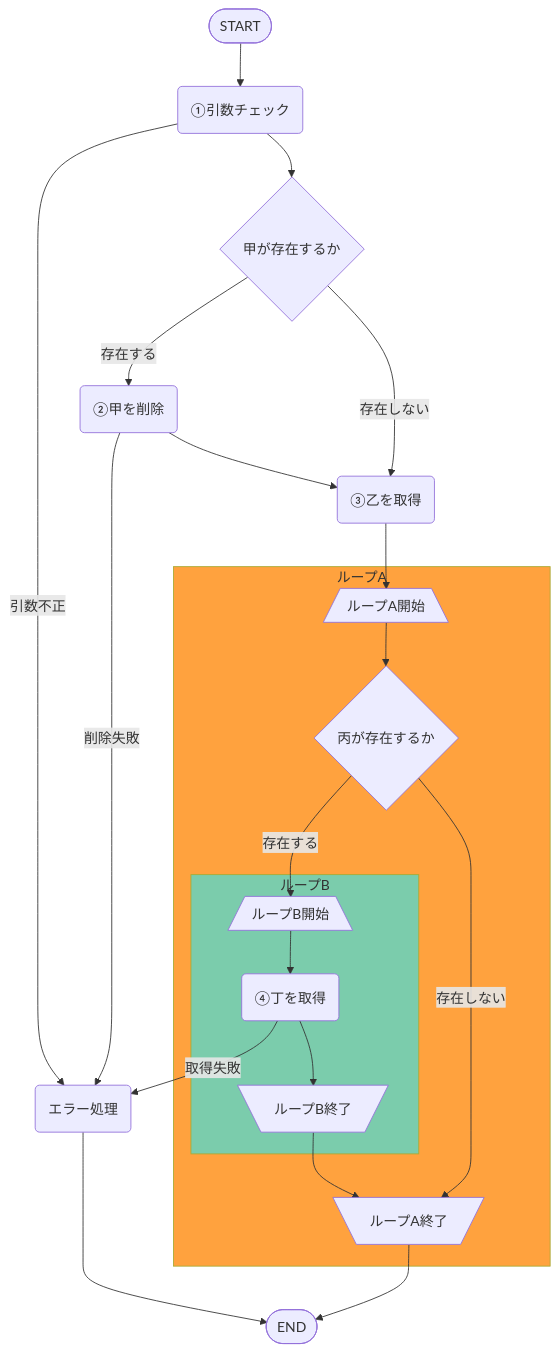
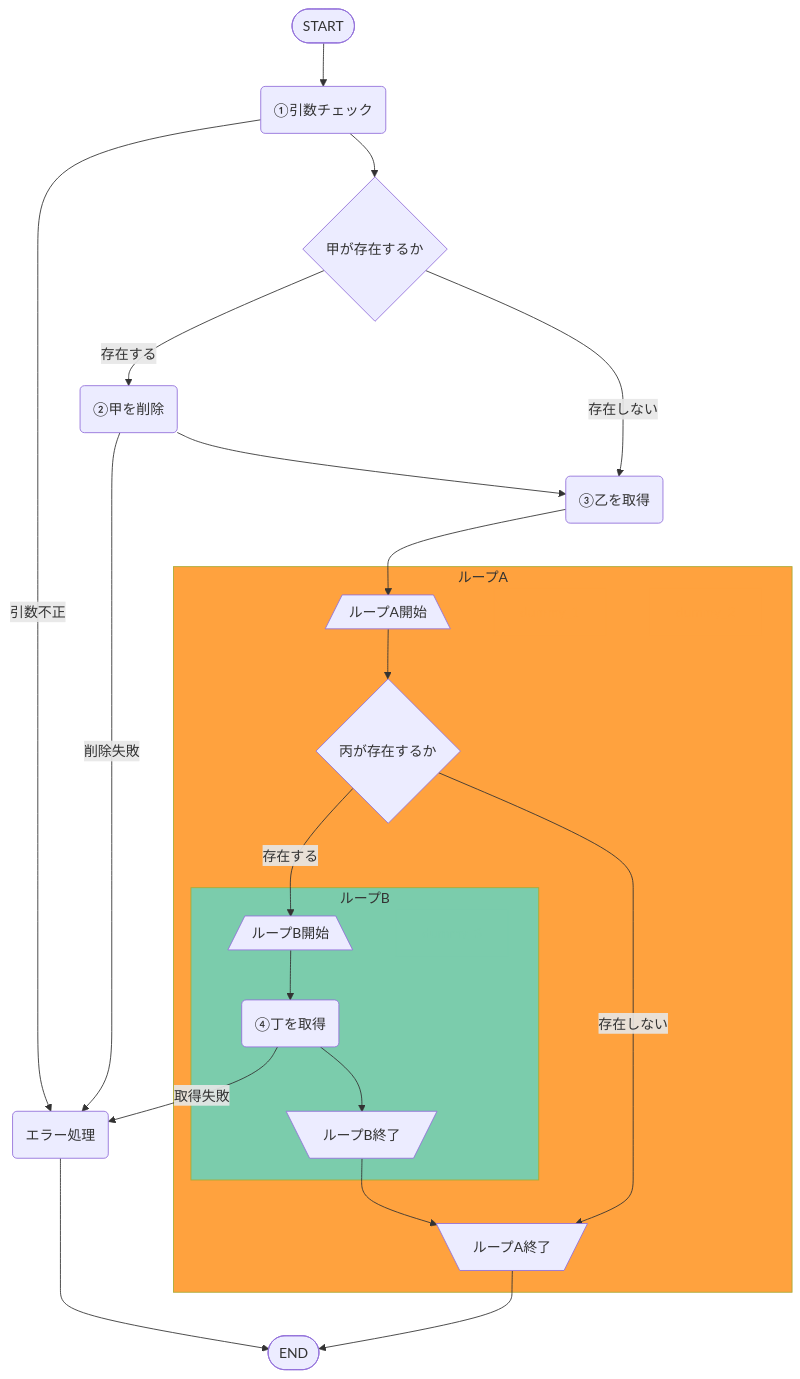
The diagram in フローチャート1.md (Kat-S/mermaid_test), drawn with Mermaid before and after one commit.

````diff
--- a/フローチャート1.md
+++ b/フローチャート1.md
@@ -1,41 +1,58 @@
 ```mermaid
 graph TB
+  %% ノード定義
   start(["START"])
   node_1("①引数チェック")
   fork_1{"甲が存在するか"}
   node_2("②甲を削除")
   node_3("③乙を取得")
   subgraph loop_1["ループA"]
+    dummy_1
+    dummy_2    
     loop_1_start[/"ループA開始"\]
     loop_1_goal[\"ループA終了"/]
     fork_2{"丙が存在するか"}
     subgraph loop_2["ループB"]
+      dummy_3    
       loop_2_start[/"ループB開始"\]
       loop_2_goal[\"ループB終了"/]  
       node_4("④丁を取得")
     end
   end
   error_1("エラー処理")    
   goal(["END"])
 
+  %% ノードスタイル定義
   style loop_1 fill:#ffa23e
   style loop_2 fill:#7BCCAC
+  style dummy_1 fill:#ffa23e,stroke:#ffa23e,color:#ffa23e
+  style dummy_2 fill:#ffa23e,stroke:#ffa23e,color:#ffa23e
+  style dummy_3 fill:#7BCCAC,stroke:#7BCCAC,color:#7BCCAC
 
+  %% リンク定義
   start --> node_1
   node_1 --> | 引数不正 | error_1  
   node_1 --> fork_1
   fork_1 --> | 存在する | node_2   
   node_2 --> | 削除失敗 | error_1  
   node_2 --> node_3
-  fork_1 --> | 存在しない | node_3   
+  fork_1 --> | 存在しない | node_3
   node_3 --> loop_1_start
+  node_3 --- dummy_1
+  node_3 --- dummy_2  
   loop_1_start --> fork_2
   fork_2 --> | 存在する | loop_2_start
+  fork_2 --- dummy_3  
   loop_2_start --> node_4
   node_4 --> | 取得失敗 | error_1    
   node_4 --> loop_2_goal
   loop_2_goal --> loop_1_goal
   fork_2 --> | 存在しない | loop_1_goal
   loop_1_goal --> goal
   error_1 --> goal
+  
+  %% リンクスタイル定義
+  linkStyle 8 stroke-width:0px
+  linkStyle 9 stroke-width:0px
+  linkStyle 12 stroke-width:0px  
 ```
````
